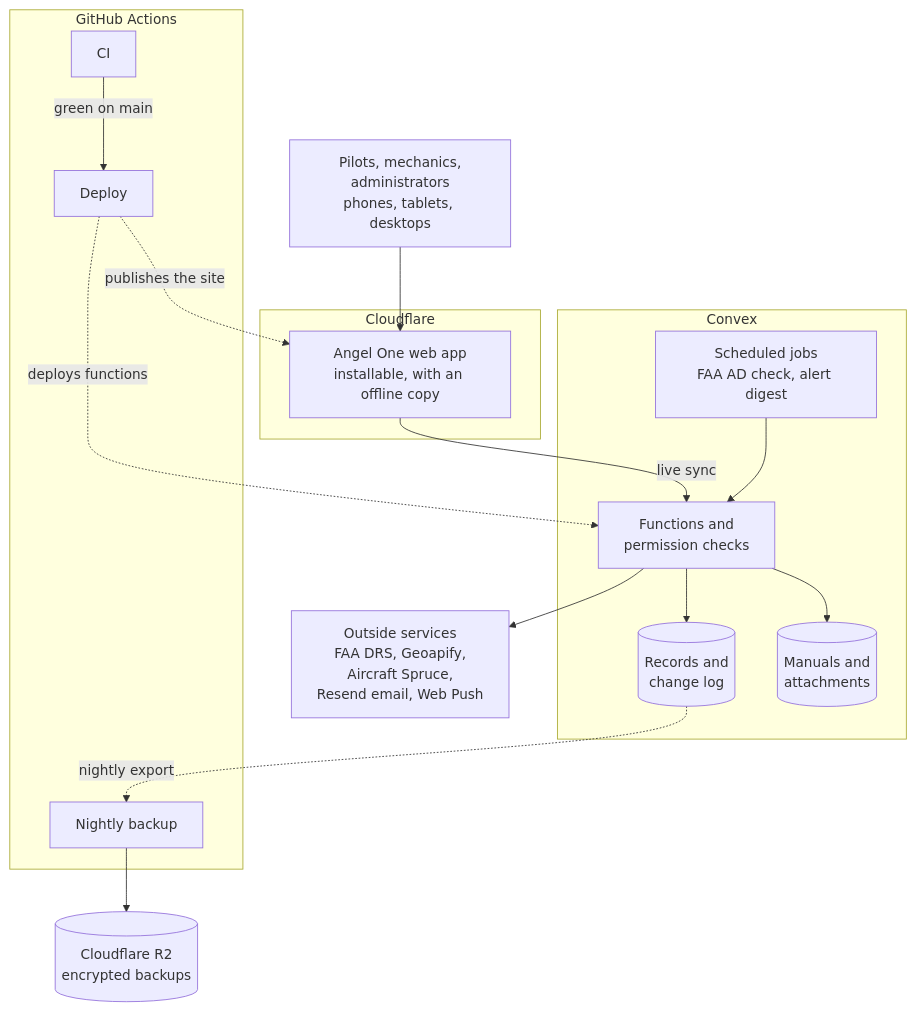
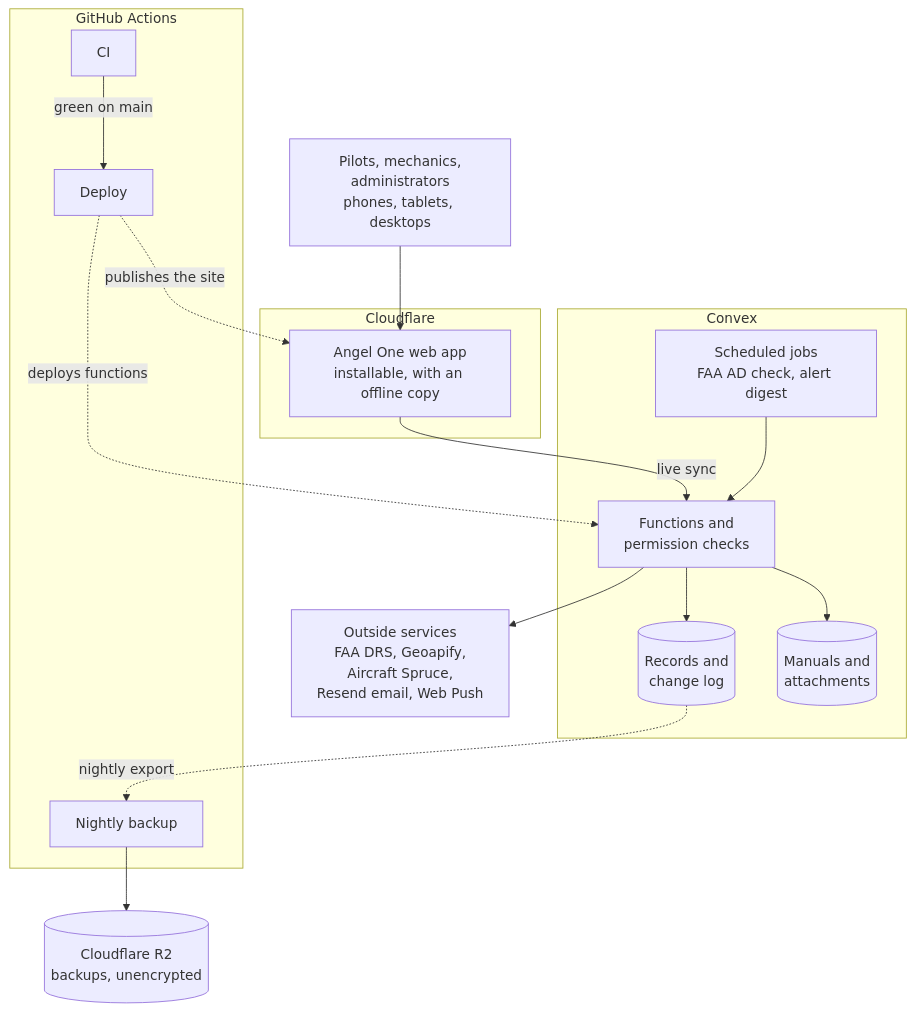
One commit to angelone-aviation/AO-aircraft-maintenance changed the diagram in README.md. Above: the diagram before and after it, drawn with Mermaid. The commit also changed other lines of this file and 10 other files, not shown here.

First line of the commit message:
Document unencrypted backups as Aaron's decision (ADR-0014)

````diff
--- a/README.md
+++ b/README.md
@@ -113,30 +113,30 @@
 ```mermaid
 flowchart TB
   People["Pilots, mechanics,<br/>administrators<br/>phones, tablets, desktops"]
   subgraph CF["Cloudflare"]
     App["Angel One web app<br/>installable, with an offline copy"]
   end
   subgraph CX["Convex"]
     Fns["Functions and<br/>permission checks"]
     DB[("Records and<br/>change log")]
     Files[("Manuals and<br/>attachments")]
     Jobs["Scheduled jobs<br/>FAA AD check, alert digest"]
   end
   Ext["Outside services<br/>FAA DRS, Geoapify,<br/>Aircraft Spruce,<br/>Resend email, Web Push"]
   subgraph GH["GitHub Actions"]
     CI["CI"] -->|green on main| Deploy["Deploy"]
     Nightly["Nightly backup"]
   end
-  R2[("Cloudflare R2<br/>encrypted backups")]
+  R2[("Cloudflare R2<br/>backups, unencrypted")]
 
   People --> App
   App -->|live sync| Fns
   Jobs --> Fns
   Fns --> DB
   Fns --> Files
   Fns --> Ext
   Deploy -.->|publishes the site| App
   Deploy -.->|deploys functions| Fns
   DB -.->|nightly export| Nightly
   Nightly --> R2
 ```
````
